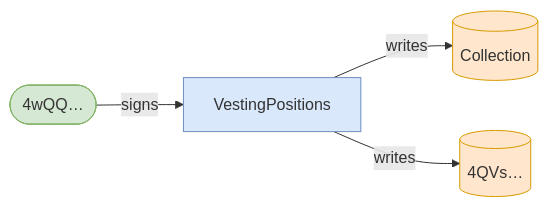
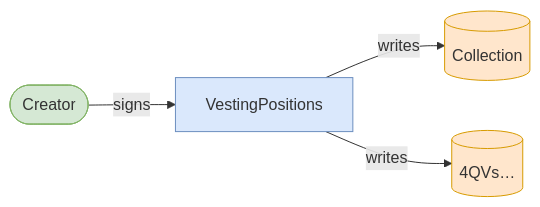
Before and after one commit to cds-turbin3/vesting-position: the second of 3 diagrams in babelfish-tests/test-report/freeze_asset_fails_without_freeze_plugin.md, drawn with Mermaid. The commit also changed other lines of this file and 50 other files, not shown here.

````diff
--- a/babelfish-tests/test-report/freeze_asset_fails_without_freeze_plugin.md
+++ b/babelfish-tests/test-report/freeze_asset_fails_without_freeze_plugin.md
@@ -16,13 +16,13 @@
 ```mermaid
 flowchart LR
     VestingPositions["VestingPositions"]:::program
-    4wQQ(["4wQQ…"]):::signer
+    Creator(["Creator"]):::signer
     Collection[("Collection")]:::state
     4QVs[("4QVs…")]:::state
-    4wQQ -->|signs| VestingPositions
+    Creator -->|signs| VestingPositions
     VestingPositions -->|writes| Collection
     VestingPositions -->|writes| 4QVs
     classDef program fill:#dae8fc,stroke:#6c8ebf;
     classDef signer fill:#d5e8d4,stroke:#82b366;
     classDef state fill:#ffe6cc,stroke:#d79b00;
 ```
````
